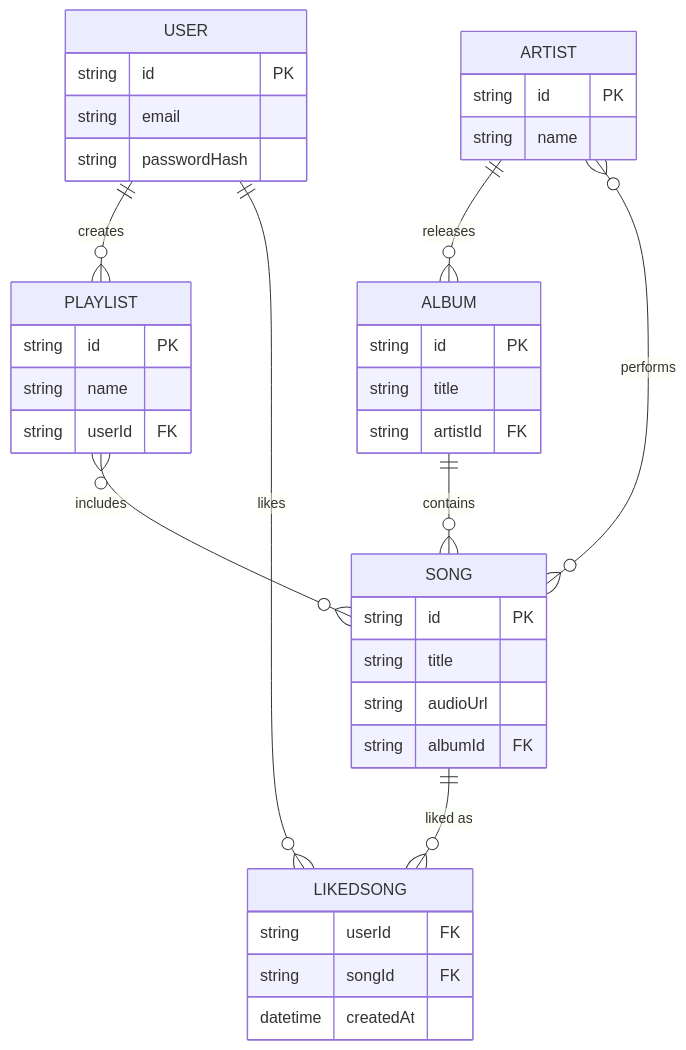
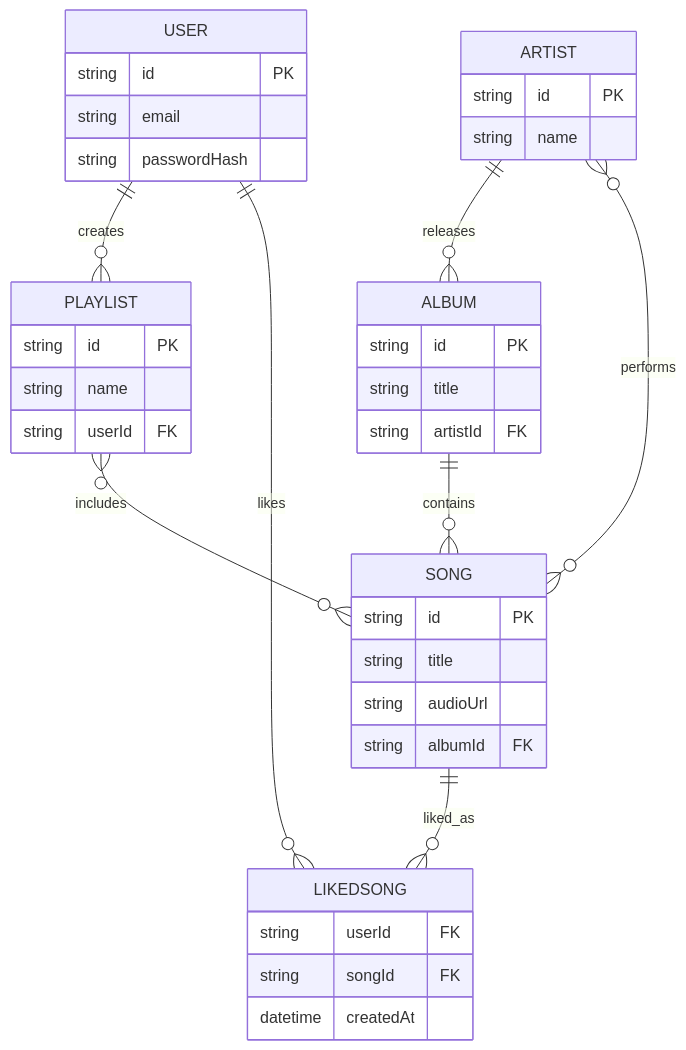
Before and after one commit to TheShivaji/EchoBeat: the third of 3 diagrams in README.md, drawn with Mermaid. The commit also changed other lines of this file, not shown here.

````diff
--- a/README.md
+++ b/README.md
@@ -111,41 +152,46 @@
 ```mermaid
 erDiagram
     USER ||--o{ PLAYLIST : creates
     USER ||--o{ LIKEDSONG : likes
     ARTIST ||--o{ ALBUM : releases
     ARTIST }o--o{ SONG : performs
     ALBUM ||--o{ SONG : contains
     PLAYLIST }o--o{ SONG : includes
-    SONG ||--o{ LIKEDSONG : "liked as"
+    SONG ||--o{ LIKEDSONG : liked_as
 
     USER {
         string id PK
         string email
         string passwordHash
     }
+
     ARTIST {
         string id PK
         string name
     }
+
     ALBUM {
         string id PK
         string title
         string artistId FK
     }
+
     SONG {
         string id PK
         string title
         string audioUrl
         string albumId FK
     }
+
     PLAYLIST {
         string id PK
         string name
         string userId FK
     }
+
     LIKEDSONG {
         string userId FK
         string songId FK
         datetime createdAt
     }
 ```
````
